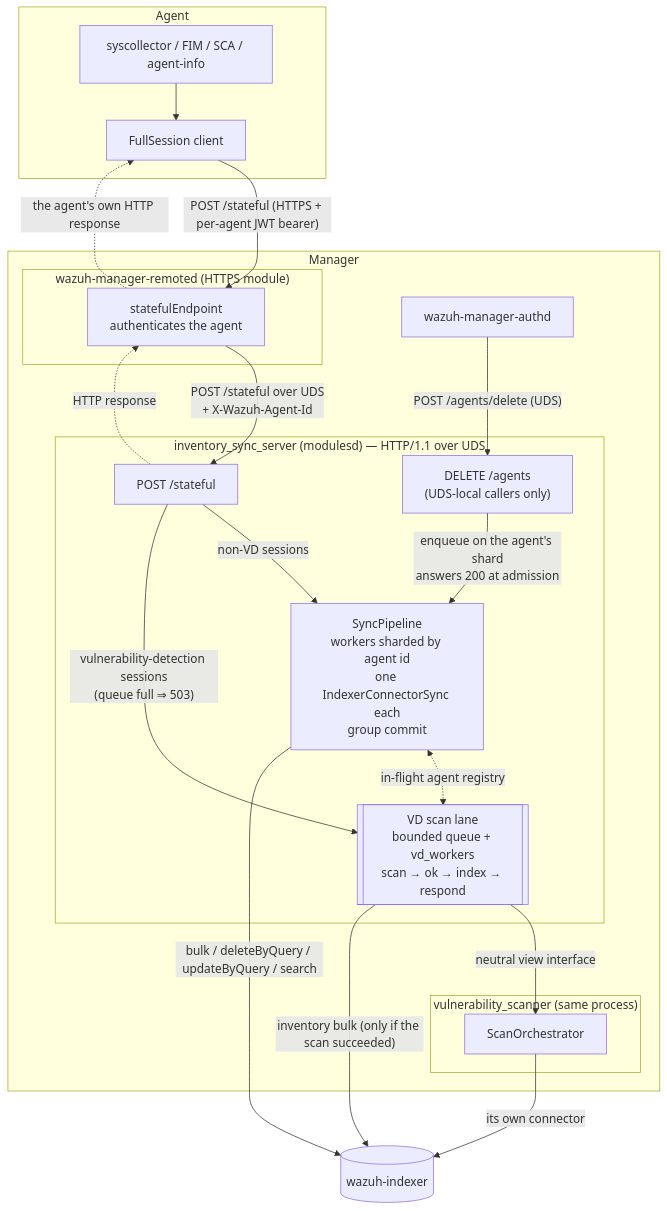
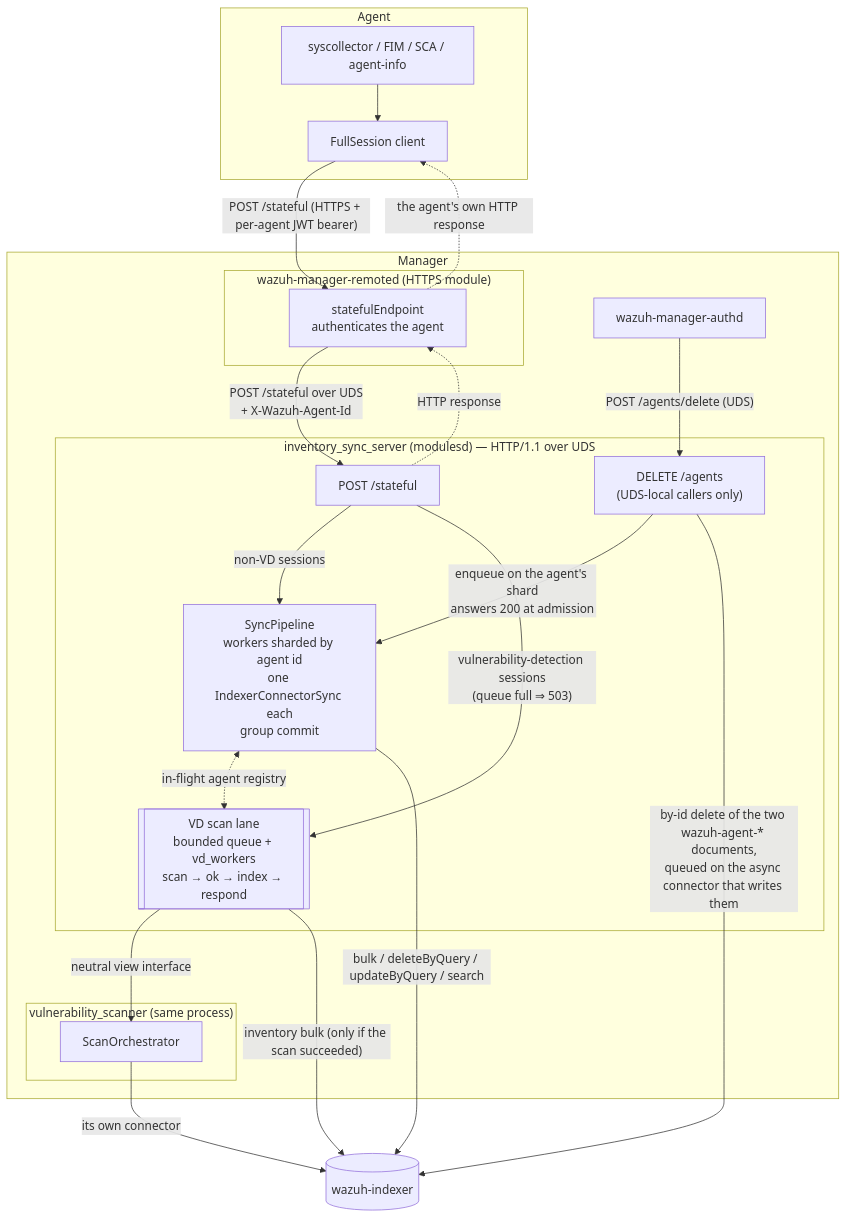
Before and after one commit to wazuh/wazuh: the first of 3 diagrams in docs/ref/modules/inventory-sync-server/architecture.md, drawn with Mermaid. The commit also changed other lines of this file and 25 other files, not shown here.

````diff
--- a/docs/ref/modules/inventory-sync-server/architecture.md
+++ b/docs/ref/modules/inventory-sync-server/architecture.md
@@ -11,31 +11,32 @@
 ```mermaid
 flowchart TB
     subgraph Agent["Agent"]
         MOD[syscollector / FIM / SCA / agent-info] --> CLI[FullSession client]
     end
     CLI -->|"POST /stateful (HTTPS + per-agent JWT bearer)"| REME
 
     subgraph Manager
         subgraph remoted["wazuh-manager-remoted (HTTPS module)"]
             REME[statefulEndpoint\nauthenticates the agent]
         end
         subgraph ISS["inventory_sync_server (modulesd) — HTTP/1.1 over UDS"]
             SYNCR["POST /stateful"] -->|non-VD sessions| PIPE[SyncPipeline\nworkers sharded by agent id\none IndexerConnectorSync each\ngroup commit]
             SYNCR -->|"vulnerability-detection sessions\n(queue full ⇒ 503)"| LANE[[VD scan lane\nbounded queue + vd_workers\nscan → ok → index → respond]]
             DELR["DELETE /agents\n(UDS-local callers only)"] -->|"enqueue on the agent's shard\nanswers 200 at admission"| PIPE
             PIPE <-.->|in-flight agent registry| LANE
         end
         REME -->|"POST /stateful over UDS\n+ X-Wazuh-Agent-Id"| SYNCR
         SYNCR -.->|HTTP response| REME
         AUTHD[wazuh-manager-authd] -->|"POST /agents/delete (UDS)"| DELR
         subgraph VD["vulnerability_scanner (same process)"]
             ORCH[ScanOrchestrator]
         end
         LANE -->|neutral view interface| ORCH
     end
 
     REME -.->|the agent's own HTTP response| CLI
     PIPE -->|bulk / deleteByQuery / updateByQuery / search| IDX[(wazuh-indexer)]
     LANE -->|"inventory bulk (only if the scan succeeded)"| IDX
+    DELR -->|"by-id delete of the two wazuh-agent-* documents,\nqueued on the async connector that writes them"| IDX
     ORCH -->|its own connector| IDX
 ```
````
